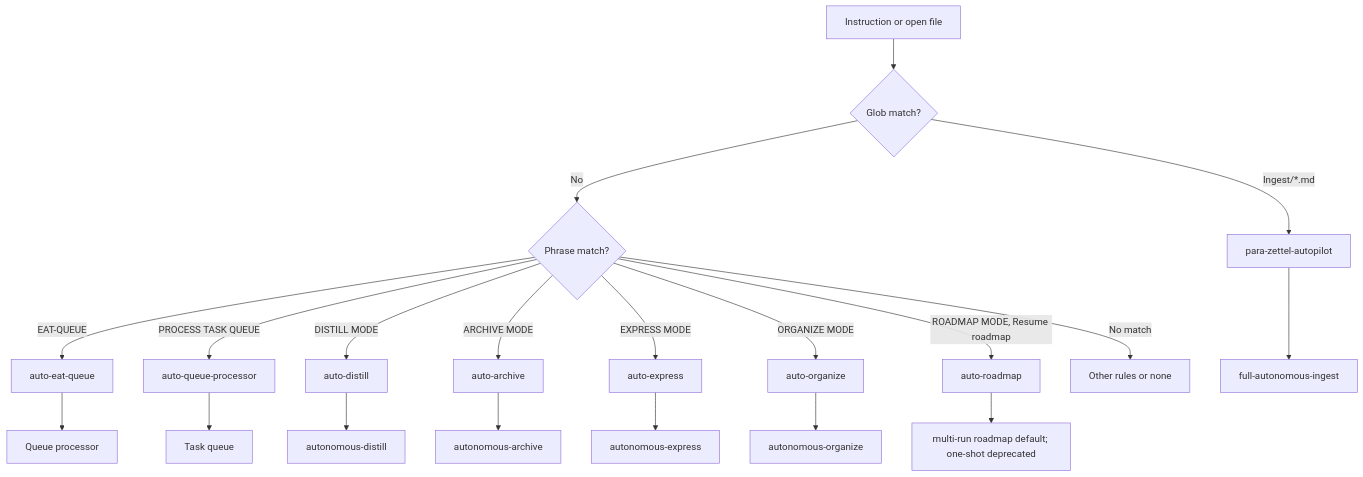
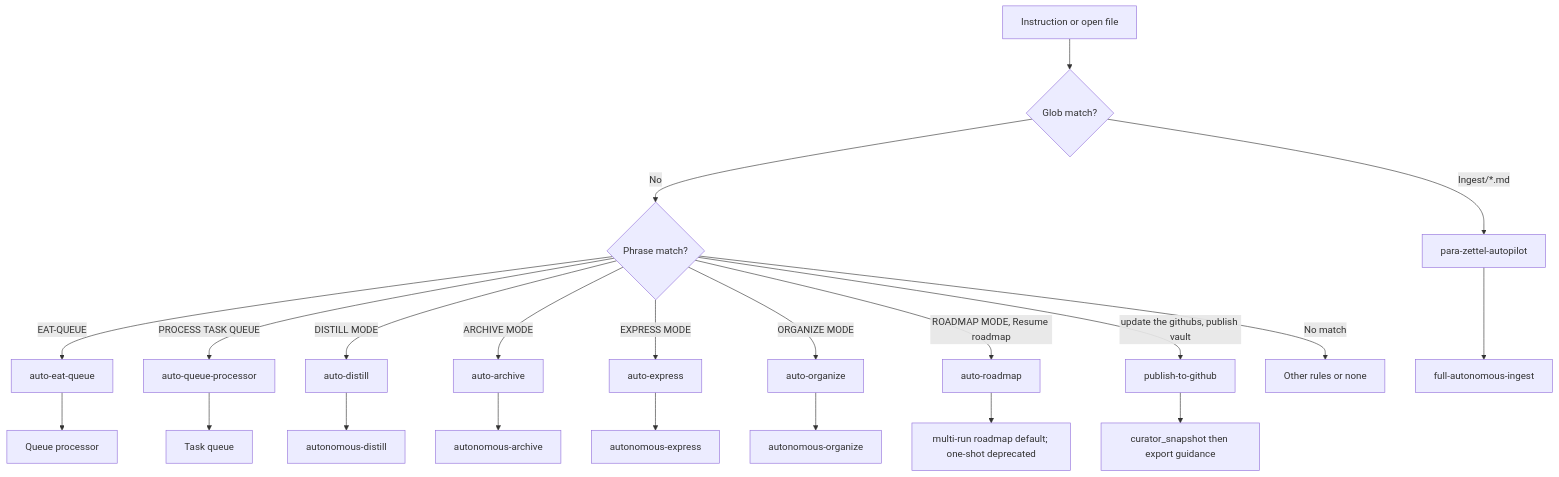
Before and after one commit to L0RDTH0TH/genesis-mythos-master-roadmap: the second of 2 diagrams in Docs/Core/Rules.md, drawn with Mermaid. The commit also changed 48 other files, not shown here.

First line of the commit message:
chore(export): publish roadmap authority sync to integration

````diff
--- a/Docs/Core/Rules.md
+++ b/Docs/Core/Rules.md
@@ -72,23 +72,25 @@
 ```mermaid
 flowchart TD
   Input[Instruction or open file]
   Input --> Glob{Glob match?}
   Glob -->|Ingest/*.md| Ingest[para-zettel-autopilot]
   Glob -->|No| Phrase{Phrase match?}
   Phrase -->|EAT-QUEUE| Queue[auto-eat-queue]
   Phrase -->|PROCESS TASK QUEUE| TaskQ[auto-queue-processor]
   Phrase -->|DISTILL MODE| Distill[auto-distill]
   Phrase -->|ARCHIVE MODE| Archive[auto-archive]
   Phrase -->|EXPRESS MODE| Express[auto-express]
   Phrase -->|ORGANIZE MODE| Organize[auto-organize]
   Phrase -->|ROADMAP MODE, Resume roadmap| Roadmap[auto-roadmap]
+  Phrase -->|update the githubs, publish vault| Publish[publish-to-github]
   Phrase -->|No match| Other[Other rules or none]
   Ingest --> fullIngest[full-autonomous-ingest]
   Queue --> queueProc[Queue processor]
   TaskQ --> taskQueue[Task queue]
   Distill --> autoDistill[autonomous-distill]
   Archive --> autoArchive[autonomous-archive]
   Roadmap --> multiRunRoadmap[multi-run roadmap default; one-shot deprecated]
   Express --> autoExpress[autonomous-express]
   Organize --> autoOrganize[autonomous-organize]
+  Publish --> curatorPublish[curator_snapshot then export guidance]
 ```
````
